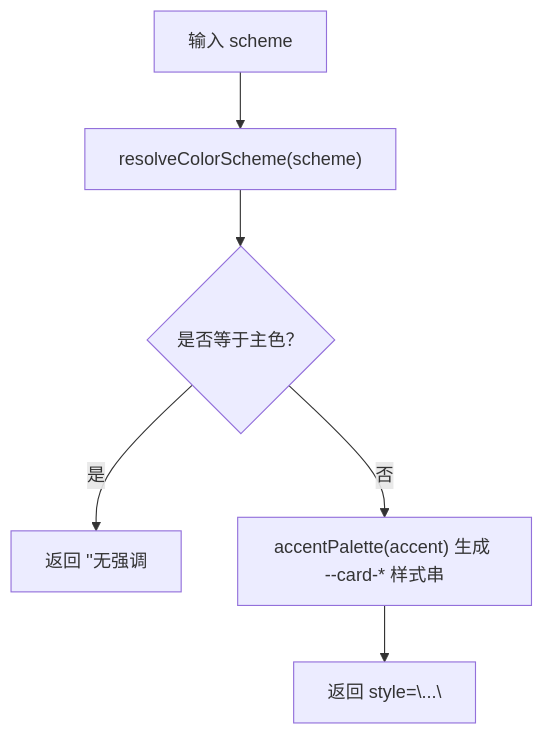
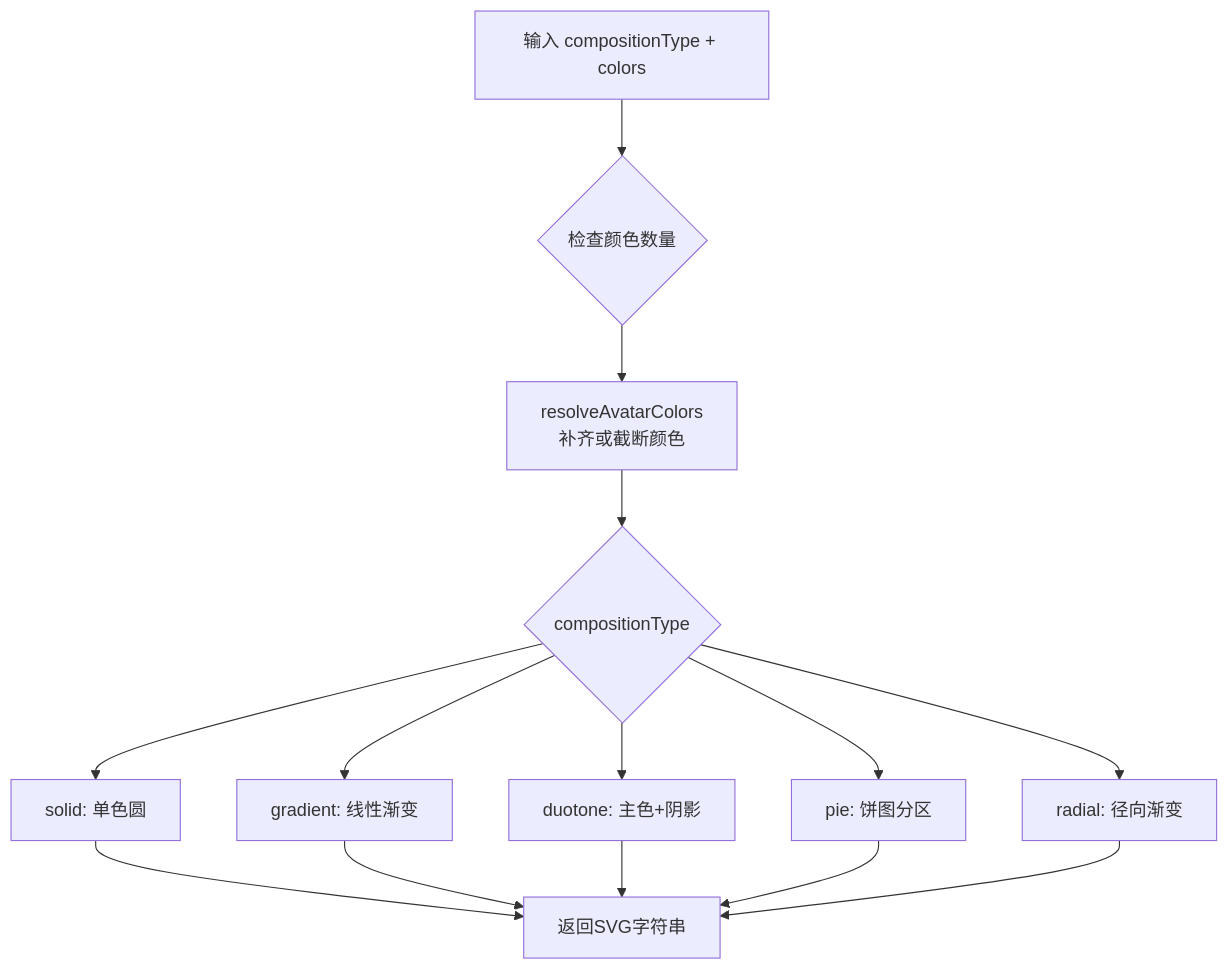
Before and after one commit to EsiLA9/Arona-Clicker: the fifth of 6 diagrams in .qoder/repowiki/zh/content/用户界面/主题系统/颜色方案系统.md, drawn with Mermaid. The commit also changed other lines of this file and 76 other files, not shown here.

````diff
--- a/.qoder/repowiki/zh/content/用户界面/主题系统/颜色方案系统.md
+++ b/.qoder/repowiki/zh/content/用户界面/主题系统/颜色方案系统.md
@@ -239,8 +275,16 @@
 ```mermaid
 flowchart TD
-A["输入 scheme"] --> B["resolveColorScheme(scheme)"]
-B --> C{"是否等于主色？"}
-C --> |是| D["返回 ''无强调"]
-C --> |否| E["accentPalette(accent) 生成 --card-* 样式串"]
-E --> F["返回 style=\"...\""]
+A["输入 compositionType + colors"] --> B{"检查颜色数量"}
+B --> C["resolveAvatarColors<br/>补齐或截断颜色"]
+C --> D{"compositionType"}
+D --> E["solid: 单色圆"]
+D --> F["gradient: 线性渐变"]
+D --> G["duotone: 主色+阴影"]
+D --> H["pie: 饼图分区"]
+D --> I["radial: 径向渐变"]
+E --> J["返回SVG字符串"]
+F --> J
+G --> J
+H --> J
+I --> J
 ```
````
